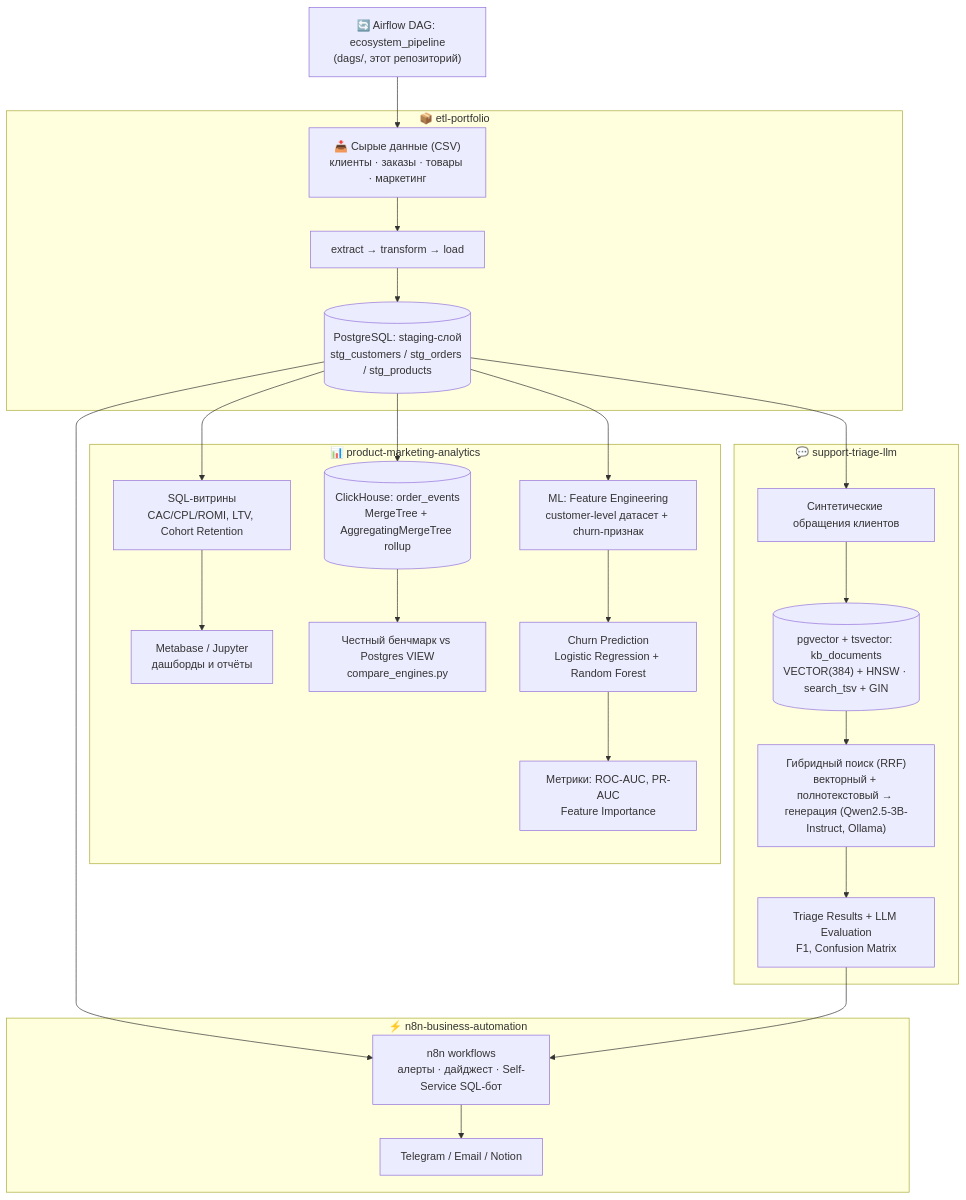
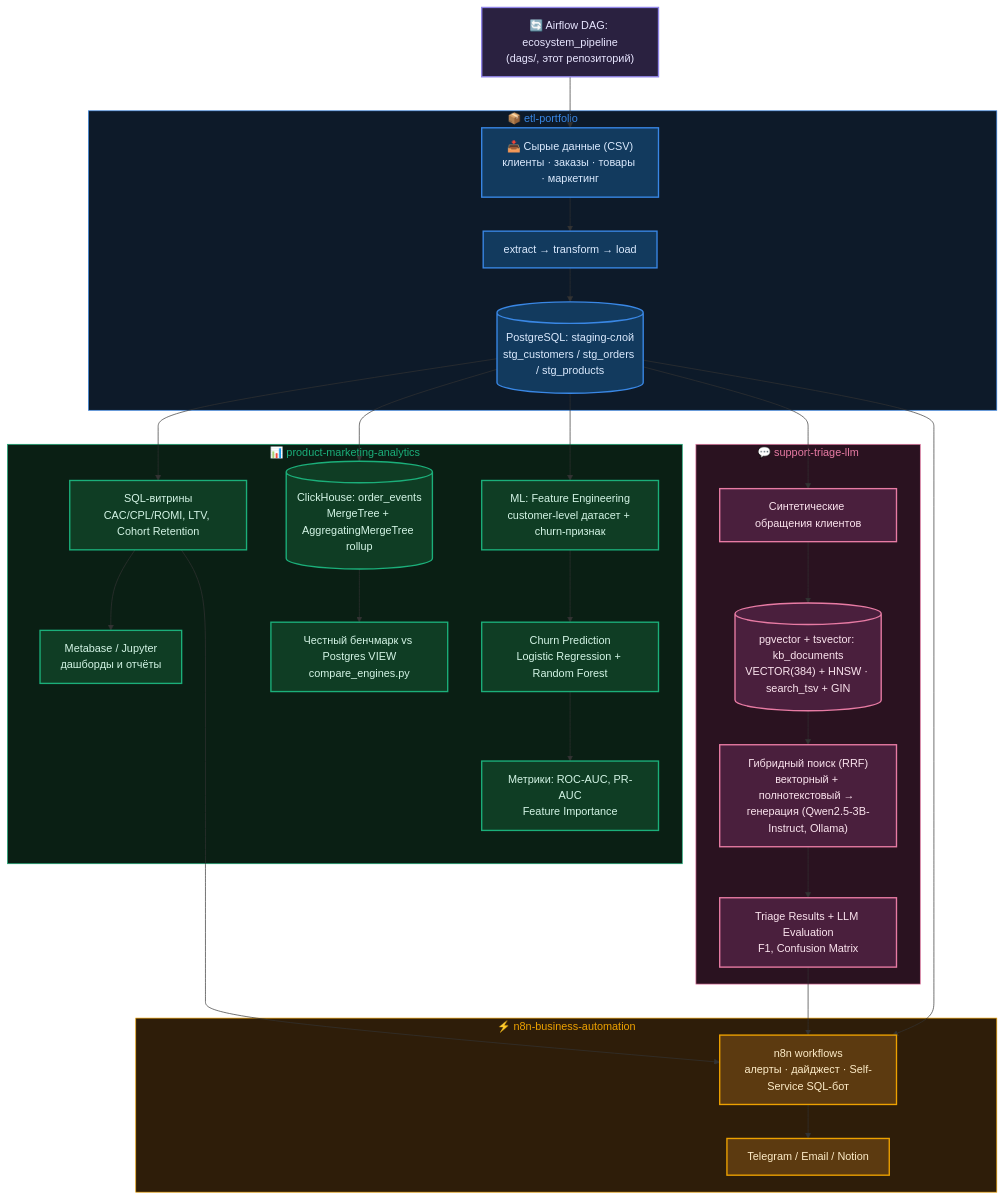
One commit to exist-ty/Nikolay-Kolesnikov-Data-Engineering-Applied-ML-LLM-Portfolio-Hub changed the diagram in docs/architecture.md. Above: the diagram before and after it, drawn with Mermaid. The commit also changed other lines of this file and 1 other file, not shown here.

Commit message:
Color-code architecture diagram by domain, add missing n8n<-marts edge
- classDef per domain (orchestration/etl/analytics/llm/n8n) plus a tinted
  background per subgraph, so the diagram reads by color at a glance
  instead of only by grouping. Iterated in a Claude Artifact preview
  before porting the final version here.
- Added product-marketing-analytics --> n8n-business-automation: the
  Self-Service SQL bot's GRANT SELECT is on mart_channel_economics/
  mart_customer_ltv/mart_cohort_retention specifically (see
  sql/readonly_role_selfservice.sql in n8n-business-automation), which
  product-marketing-analytics creates — n8n was only shown reading
  etl-portfolio's staging layer before, which undersold a real dependency.

````diff
--- a/docs/architecture.md
+++ b/docs/architecture.md
@@ -3,32 +3,44 @@
 ```mermaid
 graph TD
-    Z["🔄 Airflow DAG: ecosystem_pipeline<br/>(dags/, этот репозиторий)"] --> A["📥 Сырые данные (CSV)<br/>клиенты · заказы · товары · маркетинг"]
+    Z["🔄 Airflow DAG: ecosystem_pipeline<br/>(dags/, этот репозиторий)"]:::orchestration --> A["📥 Сырые данные (CSV)<br/>клиенты · заказы · товары · маркетинг"]:::etl
 
     subgraph ETL["📦 etl-portfolio"]
-        A --> B["extract → transform → load"]
-        B --> C[("PostgreSQL: staging-слой<br/>stg_customers / stg_orders / stg_products")]
+        A --> B["extract → transform → load"]:::etl
+        B --> C[("PostgreSQL: staging-слой<br/>stg_customers / stg_orders / stg_products")]:::etl
     end
 
     subgraph ANALYTICS["📊 product-marketing-analytics"]
-        C --> D["SQL-витрины<br/>CAC/CPL/ROMI, LTV, Cohort Retention"]
-        D --> G["Metabase / Jupyter<br/>дашборды и отчёты"]
-        C --> M[("ClickHouse: order_events<br/>MergeTree + AggregatingMergeTree rollup")]
-        M --> N["Честный бенчмарк vs Postgres VIEW<br/>compare_engines.py"]
-        C --> E["ML: Feature Engineering<br/>customer-level датасет + churn-признак"]
-        E --> H["Churn Prediction<br/>Logistic Regression + Random Forest"]
-        H --> I["Метрики: ROC-AUC, PR-AUC<br/>Feature Importance"]
+        C --> D["SQL-витрины<br/>CAC/CPL/ROMI, LTV, Cohort Retention"]:::analytics
+        D --> G["Metabase / Jupyter<br/>дашборды и отчёты"]:::analytics
+        C --> M[("ClickHouse: order_events<br/>MergeTree + AggregatingMergeTree rollup")]:::analytics
+        M --> N["Честный бенчмарк vs Postgres VIEW<br/>compare_engines.py"]:::analytics
+        C --> E["ML: Feature Engineering<br/>customer-level датасет + churn-признак"]:::analytics
+        E --> H["Churn Prediction<br/>Logistic Regression + Random Forest"]:::analytics
+        H --> I["Метрики: ROC-AUC, PR-AUC<br/>Feature Importance"]:::analytics
     end
 
     subgraph LLM["💬 support-triage-llm"]
-        C --> F["Синтетические обращения клиентов"]
-        F --> J[("pgvector + tsvector: kb_documents<br/>VECTOR(384) + HNSW · search_tsv + GIN")]
-        J --> K["Гибридный поиск (RRF)<br/>векторный + полнотекстовый → генерация (Qwen2.5-3B-Instruct, Ollama)"]
-        K --> L["Triage Results + LLM Evaluation<br/>F1, Confusion Matrix"]
+        C --> F["Синтетические обращения клиентов"]:::llm
+        F --> J[("pgvector + tsvector: kb_documents<br/>VECTOR(384) + HNSW · search_tsv + GIN")]:::llm
+        J --> K["Гибридный поиск (RRF)<br/>векторный + полнотекстовый → генерация (Qwen2.5-3B-Instruct, Ollama)"]:::llm
+        K --> L["Triage Results + LLM Evaluation<br/>F1, Confusion Matrix"]:::llm
     end
 
     subgraph N8N["⚡ n8n-business-automation"]
-        C --> O["n8n workflows<br/>алерты · дайджест · Self-Service SQL-бот"]
+        C --> O["n8n workflows<br/>алерты · дайджест · Self-Service SQL-бот"]:::n8n
+        D --> O
         L --> O
-        O --> P["Telegram / Email / Notion"]
+        O --> P["Telegram / Email / Notion"]:::n8n
     end
+
+    classDef orchestration fill:#2a2140,stroke:#9085e9,color:#e8e6ff,stroke-width:2px
+    classDef etl fill:#123a5e,stroke:#3987e5,color:#dbeafe,stroke-width:2px
+    classDef analytics fill:#0f3d24,stroke:#1baf7a,color:#d4f5e6,stroke-width:2px
+    classDef llm fill:#4a1f3d,stroke:#e87ba4,color:#fbe4ee,stroke-width:2px
+    classDef n8n fill:#5c3a10,stroke:#eda100,color:#fdecc8,stroke-width:2px
+
+    style ETL fill:#0d1a29,stroke:#3987e5,stroke-width:1px,color:#3987e5
+    style ANALYTICS fill:#0a1f14,stroke:#1baf7a,stroke-width:1px,color:#1baf7a
+    style LLM fill:#2a1220,stroke:#e87ba4,stroke-width:1px,color:#e87ba4
+    style N8N fill:#2e1d09,stroke:#eda100,stroke-width:1px,color:#eda100
 ```
````
